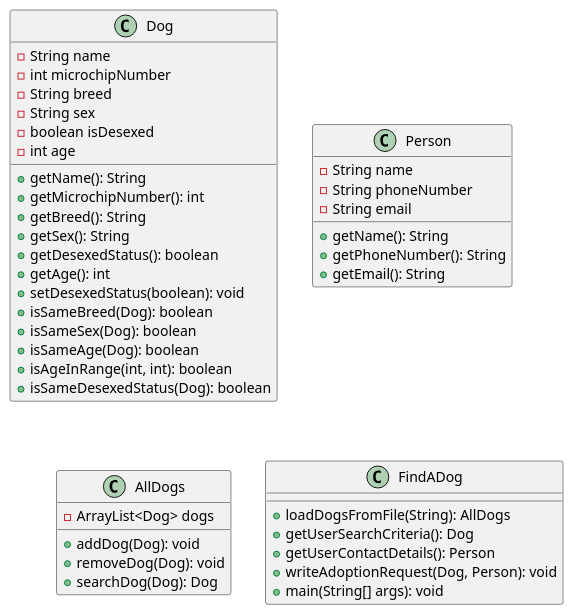
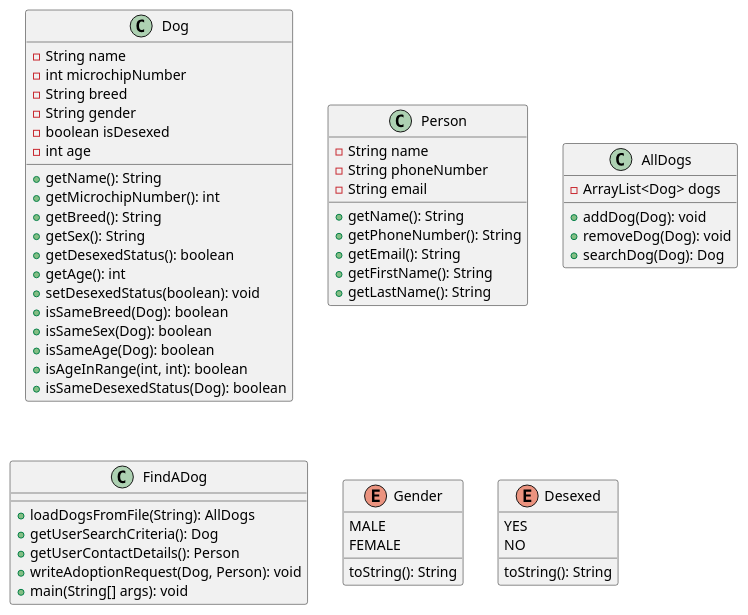
The diagram in tutorials/tutorial4/DesignDiagram.md (dangoodie/cosc120), drawn with PlantUML before and after one commit. The commit also changed 7 other files, not shown here.

````diff
--- a/tutorials/tutorial4/DesignDiagram.md
+++ b/tutorials/tutorial4/DesignDiagram.md
@@ -2,50 +2,62 @@
 ```plantuml
 @startuml
 class Dog {
     - String name
     - int microchipNumber
     - String breed
-    - String sex
+    - String gender
     - boolean isDesexed
     - int age
     + getName(): String
     + getMicrochipNumber(): int
     + getBreed(): String
     + getSex(): String
     + getDesexedStatus(): boolean
     + getAge(): int
     + setDesexedStatus(boolean): void
     + isSameBreed(Dog): boolean
     + isSameSex(Dog): boolean
     + isSameAge(Dog): boolean
     + isAgeInRange(int, int): boolean
     + isSameDesexedStatus(Dog): boolean
 }
 
 class Person {
     - String name
     - String phoneNumber
     - String email
     + getName(): String
     + getPhoneNumber(): String
     + getEmail(): String
+    + getFirstName(): String
+    + getLastName(): String
 }
 
 class AllDogs {
     - ArrayList<Dog> dogs
     + addDog(Dog): void
     + removeDog(Dog): void
     + searchDog(Dog): Dog
 }
 
 class FindADog {
     + loadDogsFromFile(String): AllDogs
     + getUserSearchCriteria(): Dog
     + getUserContactDetails(): Person
     + writeAdoptionRequest(Dog, Person): void
     + main(String[] args): void
 }
-  
-  
+
+enum Gender {
+    MALE
+    FEMALE
+    toString(): String  
+}
+
+enum Desexed {
+    YES
+    NO
+    toString(): String
+}
 @enduml
 ```
````
